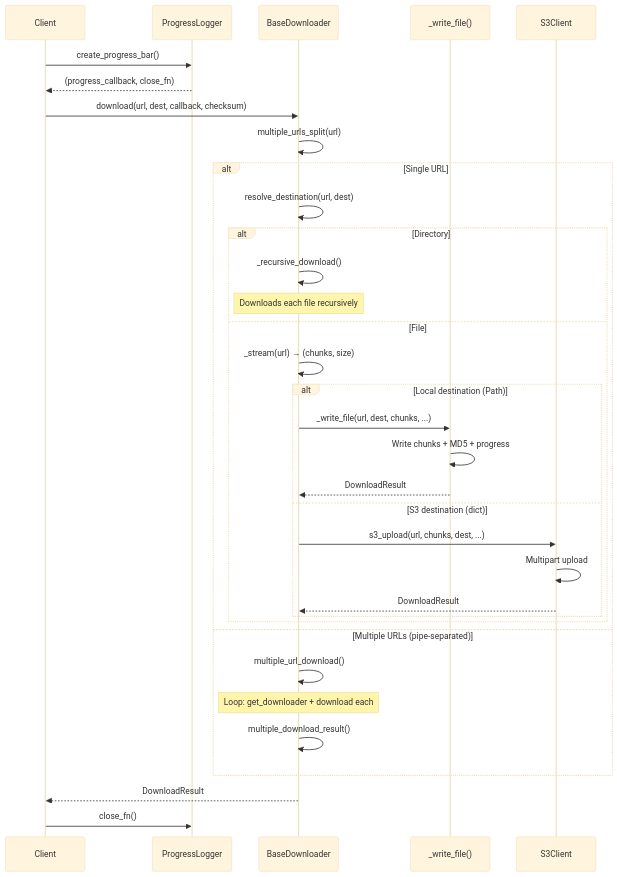
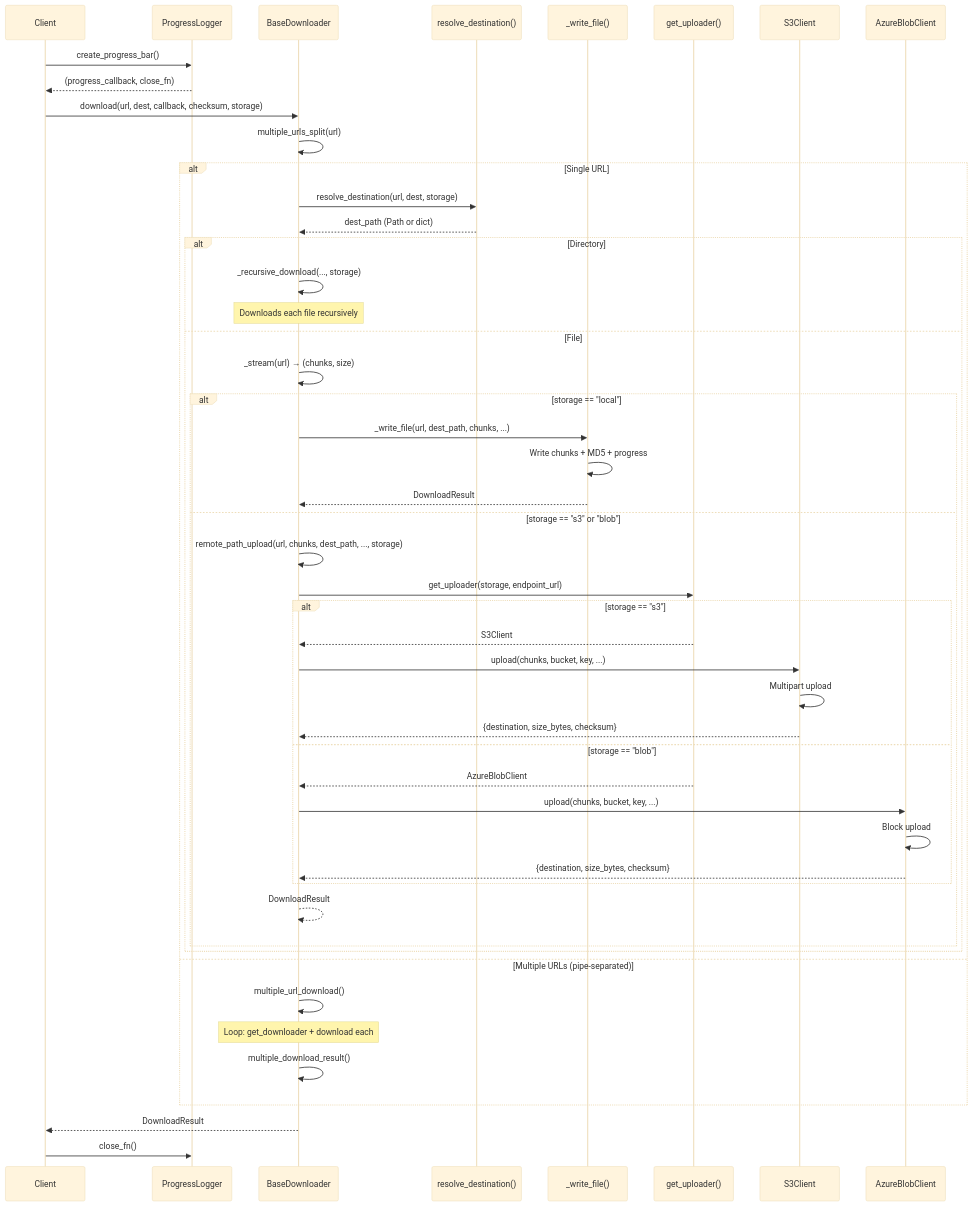
One commit to dafnifacility/dafni-data-bridge changed the fourth of 4 diagrams in docs/developer-guide/design.md. Above: the diagram before and after it, drawn with Mermaid (base theme). The commit also changed other lines of this file and 6 other files, not shown here.

````diff
--- a/docs/developer-guide/design.md
+++ b/docs/developer-guide/design.md
@@ -254,39 +291,54 @@
 ```mermaid
 sequenceDiagram
     participant Client
     participant PL as ProgressLogger
     participant BD as BaseDownloader
+    participant RD as resolve_destination()
     participant WF as _write_file()
+    participant GU as get_uploader()
     participant S3 as S3Client
+    participant Az as AzureBlobClient
 
     Client->>PL: create_progress_bar()
     PL-->>Client: (progress_callback, close_fn)
-    Client->>BD: download(url, dest, callback, checksum)
+    Client->>BD: download(url, dest, callback, checksum, storage)
     BD->>BD: multiple_urls_split(url)
 
     alt Single URL
-        BD->>BD: resolve_destination(url, dest)
+        BD->>RD: resolve_destination(url, dest, storage)
+        RD-->>BD: dest_path (Path or dict)
         alt Directory
-            BD->>BD: _recursive_download()
+            BD->>BD: _recursive_download(..., storage)
             Note over BD: Downloads each file recursively
         else File
             BD->>BD: _stream(url) → (chunks, size)
-            alt Local destination (Path)
-                BD->>WF: _write_file(url, dest, chunks, ...)
+            alt storage == "local"
+                BD->>WF: _write_file(url, dest_path, chunks, ...)
                 WF->>WF: Write chunks + MD5 + progress
                 WF-->>BD: DownloadResult
-            else S3 destination (dict)
-                BD->>S3: s3_upload(url, chunks, dest, ...)
-                S3->>S3: Multipart upload
-                S3-->>BD: DownloadResult
+            else storage == "s3" or "blob"
+                BD->>BD: remote_path_upload(url, chunks, dest_path, ..., storage)
+                BD->>GU: get_uploader(storage, endpoint_url)
+                alt storage == "s3"
+                    GU-->>BD: S3Client
+                    BD->>S3: upload(chunks, bucket, key, ...)
+                    S3->>S3: Multipart upload
+                    S3-->>BD: {destination, size_bytes, checksum}
+                else storage == "blob"
+                    GU-->>BD: AzureBlobClient
+                    BD->>Az: upload(chunks, bucket, key, ...)
+                    Az->>Az: Block upload
+                    Az-->>BD: {destination, size_bytes, checksum}
+                end
+                BD-->>BD: DownloadResult
             end
         end
     else Multiple URLs (pipe-separated)
         BD->>BD: multiple_url_download()
         Note over BD: Loop: get_downloader + download each
         BD->>BD: multiple_download_result()
     end
 
     BD-->>Client: DownloadResult
     Client->>PL: close_fn()
 ```
````
